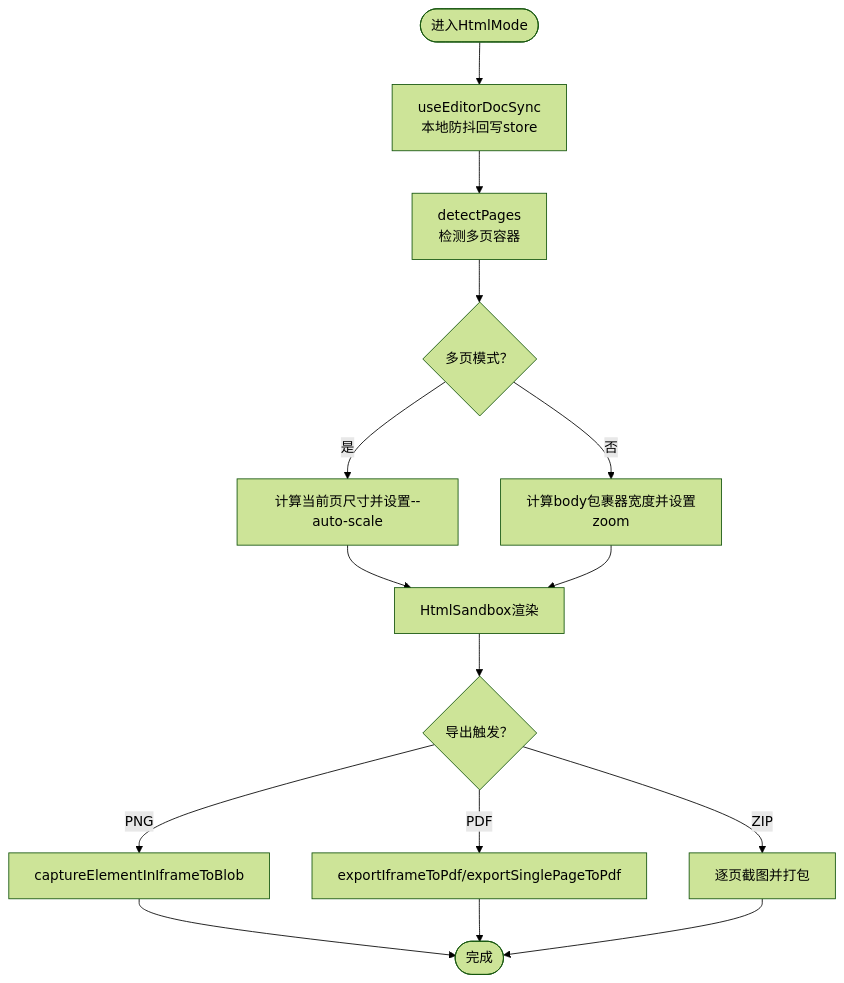
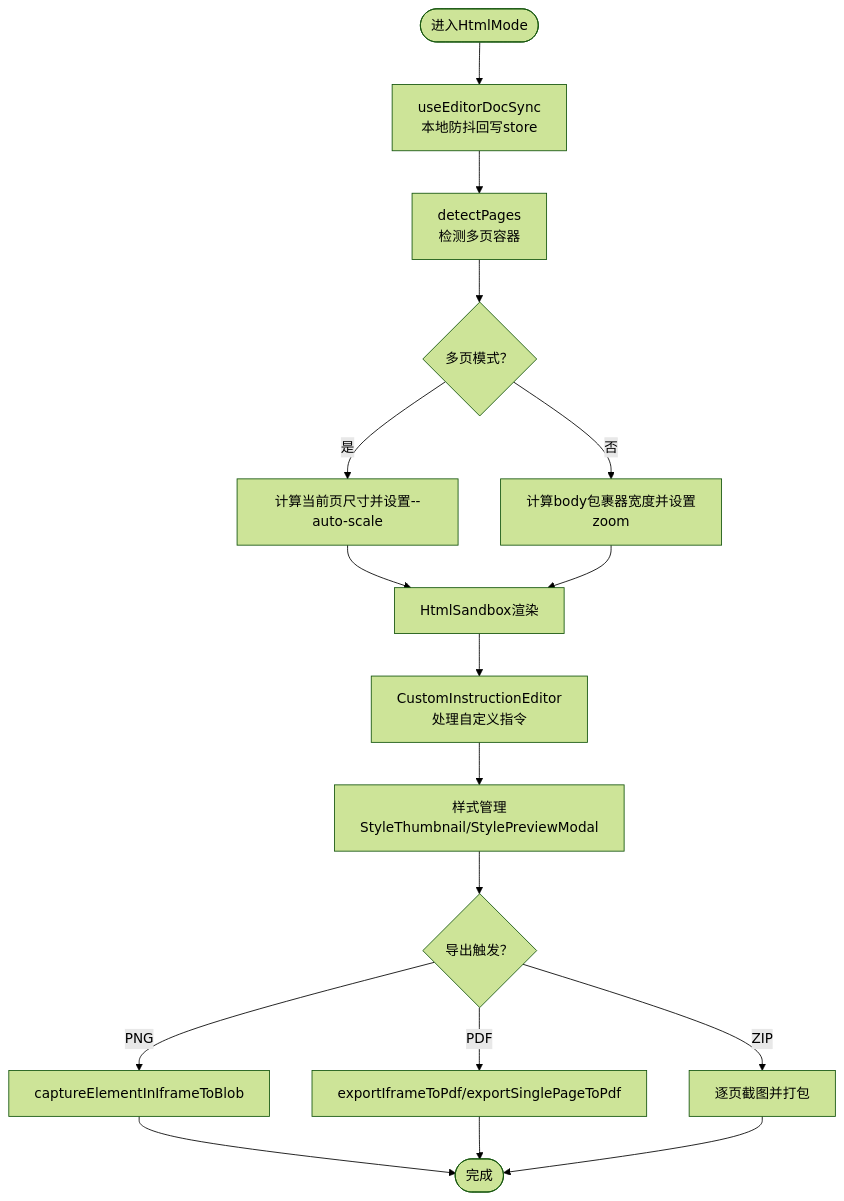
Before and after one commit to ZhongXiandou/markdown2view: the third of 8 diagrams in .qoder/repowiki/zh/content/编辑模式系统/HTML可视化编辑模式.md, drawn with Mermaid (forest theme). The commit also changed other lines of this file and 35 other files, not shown here.

````diff
--- a/.qoder/repowiki/zh/content/编辑模式系统/HTML可视化编辑模式.md
+++ b/.qoder/repowiki/zh/content/编辑模式系统/HTML可视化编辑模式.md
@@ -166,17 +234,19 @@
 ```mermaid
 flowchart TD
 Start(["进入HtmlMode"]) --> Sync["useEditorDocSync<br/>本地防抖回写store"]
 Sync --> Detect["detectPages<br/>检测多页容器"]
 Detect --> AutoScale{"多页模式？"}
 AutoScale --> |是| ScaleMulti["计算当前页尺寸并设置--auto-scale"]
 AutoScale --> |否| ScaleSingle["计算body包裹器宽度并设置zoom"]
 ScaleMulti --> Preview["HtmlSandbox渲染"]
 ScaleSingle --> Preview
-Preview --> Export{"导出触发？"}
+Preview --> CustomInstr["CustomInstructionEditor<br/>处理自定义指令"]
+CustomInstr --> StyleMgr["样式管理<br/>StyleThumbnail/StylePreviewModal"]
+StyleMgr --> Export{"导出触发？"}
 Export --> |PNG| Capture["captureElementInIframeToBlob"]
 Export --> |PDF| PdfMulti["exportIframeToPdf/exportSinglePageToPdf"]
 Export --> |ZIP| Zip["逐页截图并打包"]
 Capture --> Done(["完成"])
 PdfMulti --> Done
 Zip --> Done
 ```
````
